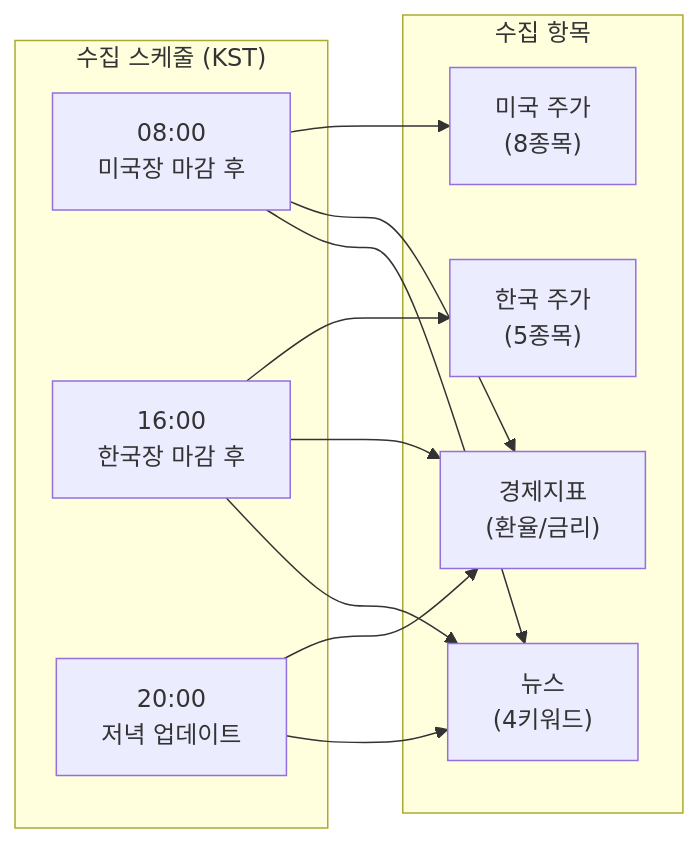
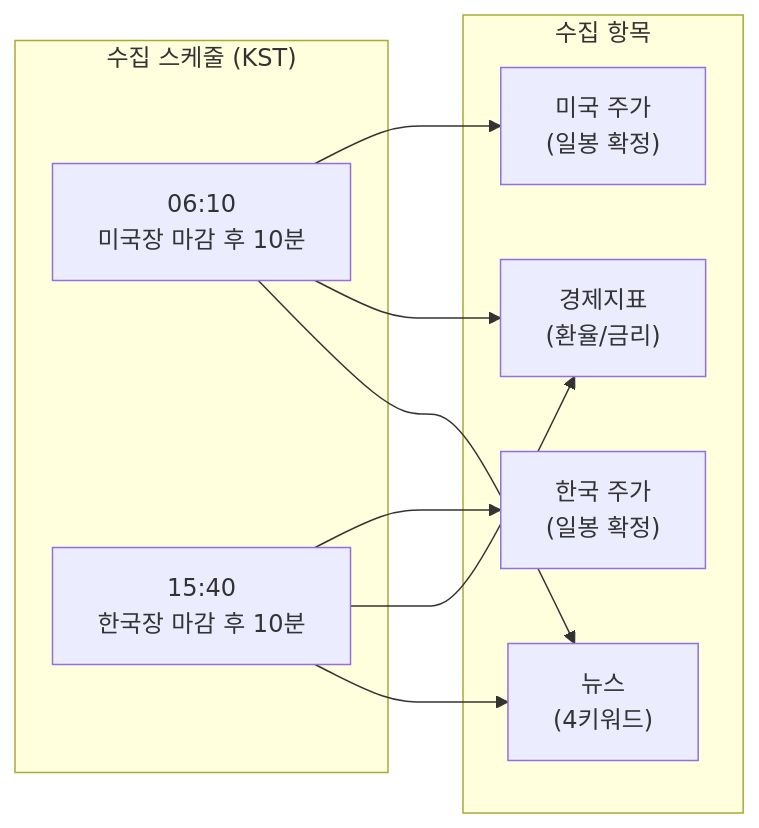
The second of 9 diagrams in 99_docs/ARCHITECTURE.md (Z-3000/econ), drawn with Mermaid before and after one commit. The commit also changed other lines of this file and 19 other files, not shown here.

````diff
--- a/99_docs/ARCHITECTURE.md
+++ b/99_docs/ARCHITECTURE.md
@@ -86,26 +86,22 @@
 ```mermaid
 flowchart LR
     subgraph 스케줄["수집 스케줄 (KST)"]
-        T1["08:00<br/>미국장 마감 후"]
-        T2["16:00<br/>한국장 마감 후"]
-        T3["20:00<br/>저녁 업데이트"]
+        T1["06:10<br/>미국장 마감 후 10분"]
+        T2["15:40<br/>한국장 마감 후 10분"]
     end
 
     subgraph 수집항목["수집 항목"]
-        KR["한국 주가<br/>(5종목)"]
-        US["미국 주가<br/>(8종목)"]
+        KR["한국 주가<br/>(일봉 확정)"]
+        US["미국 주가<br/>(일봉 확정)"]
         EC["경제지표<br/>(환율/금리)"]
         NW["뉴스<br/>(4키워드)"]
     end
 
     T1 --> US
     T1 --> EC
     T1 --> NW
 
     T2 --> KR
     T2 --> EC
     T2 --> NW
-
-    T3 --> EC
-    T3 --> NW
 ```
````
